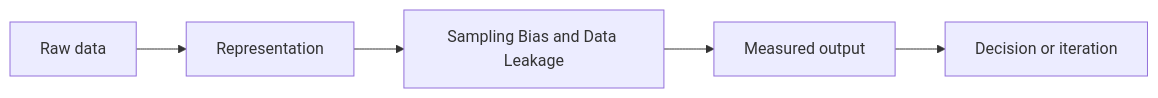
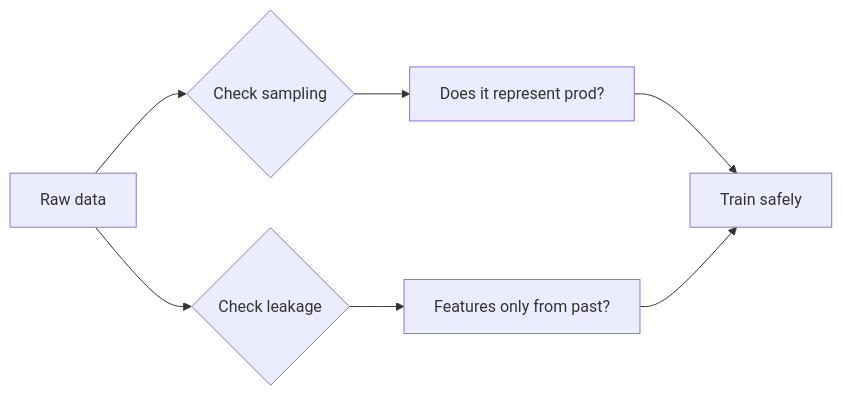
The diagram in statistics/11-sampling-bias-and-data-leakage.md (Icon1cc/Machine-Learning), drawn with Mermaid before and after one commit. The commit also changed other lines of this file and 264 other files, not shown here.

````diff
--- a/statistics/11-sampling-bias-and-data-leakage.md
+++ b/statistics/11-sampling-bias-and-data-leakage.md
@@ -92,7 +64,9 @@
 ```mermaid
 flowchart LR
-    A[Raw data] --> B[Representation]
-    B --> C[Sampling Bias and Data Leakage]
-    C --> D[Measured output]
-    D --> E[Decision or iteration]
+    R[Raw data] --> S{Check sampling}
+    R --> L{Check leakage}
+    S --> Pop[Does it represent prod?]
+    L --> Time[Features only from past?]
+    Pop --> Tr[Train safely]
+    Time --> Tr
 ```
````
